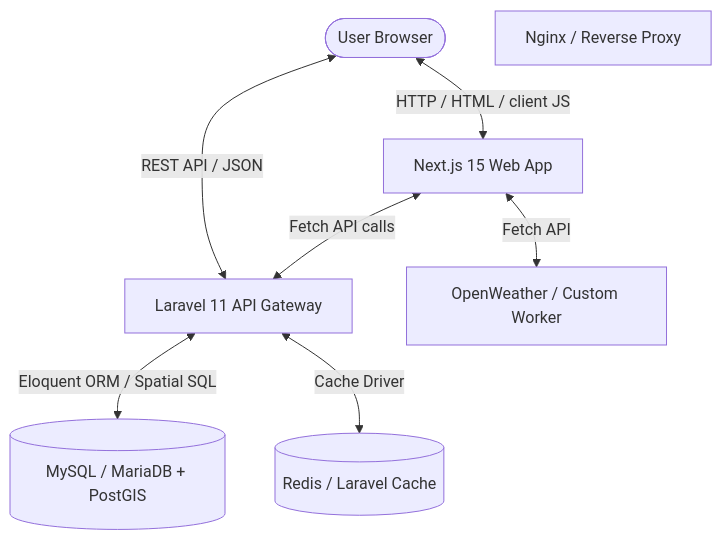
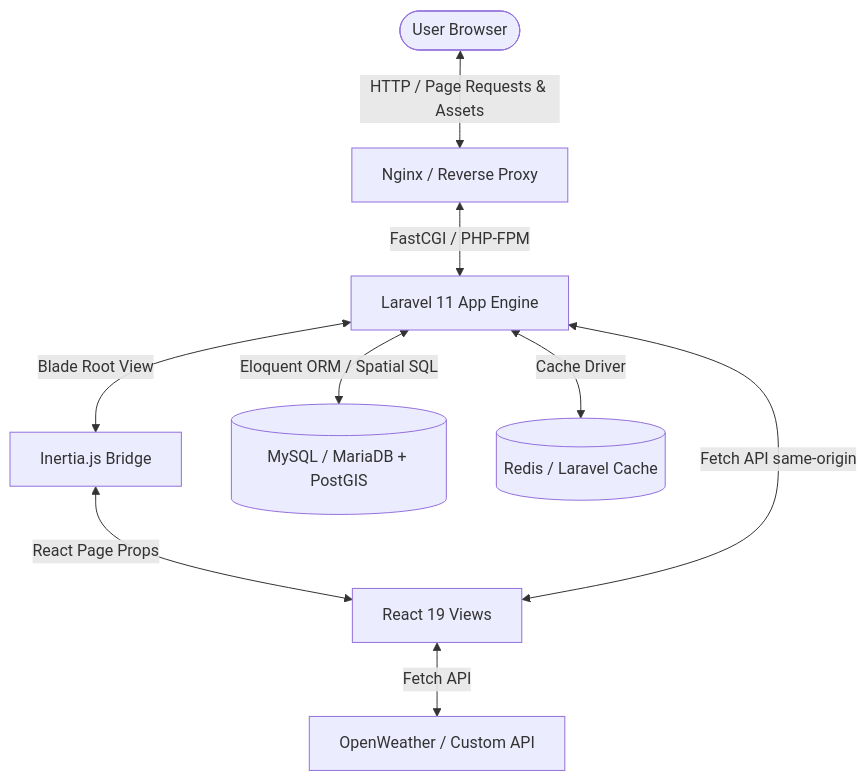
One commit to syrianzone/syrianzone changed the diagram in docs/system_map.md. Above: the diagram before and after it, drawn with Mermaid. The commit also changed other lines of this file and 1211 other files, not shown here.

````diff
--- a/docs/system_map.md
+++ b/docs/system_map.md
@@ -11,17 +11,20 @@
 ```mermaid
 graph TD
     User([User Browser])
     Proxy[Nginx / Reverse Proxy]
-    FE[Next.js 15 Web App]
-    BE[Laravel 11 API Gateway]
+    Laravel[Laravel 11 App Engine]
+    Inertia[Inertia.js Bridge]
+    React[React 19 Views]
     DB[(MySQL / MariaDB + PostGIS)]
     Cache[(Redis / Laravel Cache)]
-    ExtWeather[OpenWeather / Custom Worker]
+    ExtWeather[OpenWeather / Custom API]
 
-    User <-->|HTTP / HTML / client JS| FE
-    User <-->|REST API / JSON| BE
-    FE <-->|Fetch API calls| BE
-    BE <-->|Eloquent ORM / Spatial SQL| DB
-    BE <-->|Cache Driver| Cache
-    FE <-->|Fetch API| ExtWeather
+    User <-->|HTTP / Page Requests & Assets| Proxy
+    Proxy <-->|FastCGI / PHP-FPM| Laravel
+    Laravel <-->|Blade Root View| Inertia
+    Inertia <-->|React Page Props| React
+    Laravel <-->|Eloquent ORM / Spatial SQL| DB
+    Laravel <-->|Cache Driver| Cache
+    React <-->|Fetch API same-origin| Laravel
+    React <-->|Fetch API| ExtWeather
 ```
````
